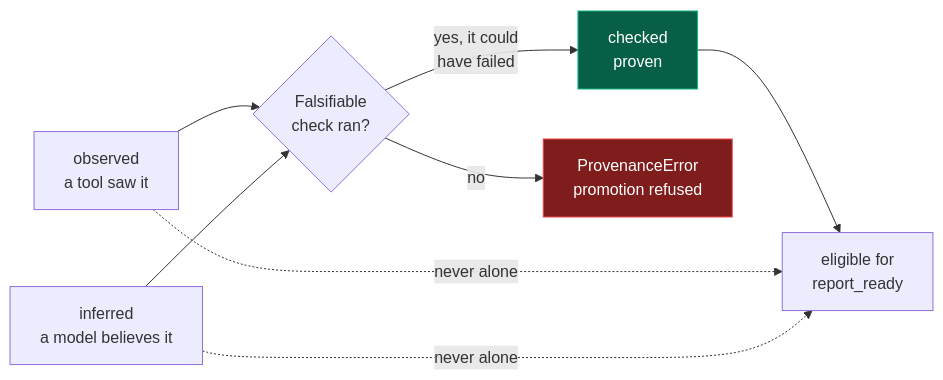
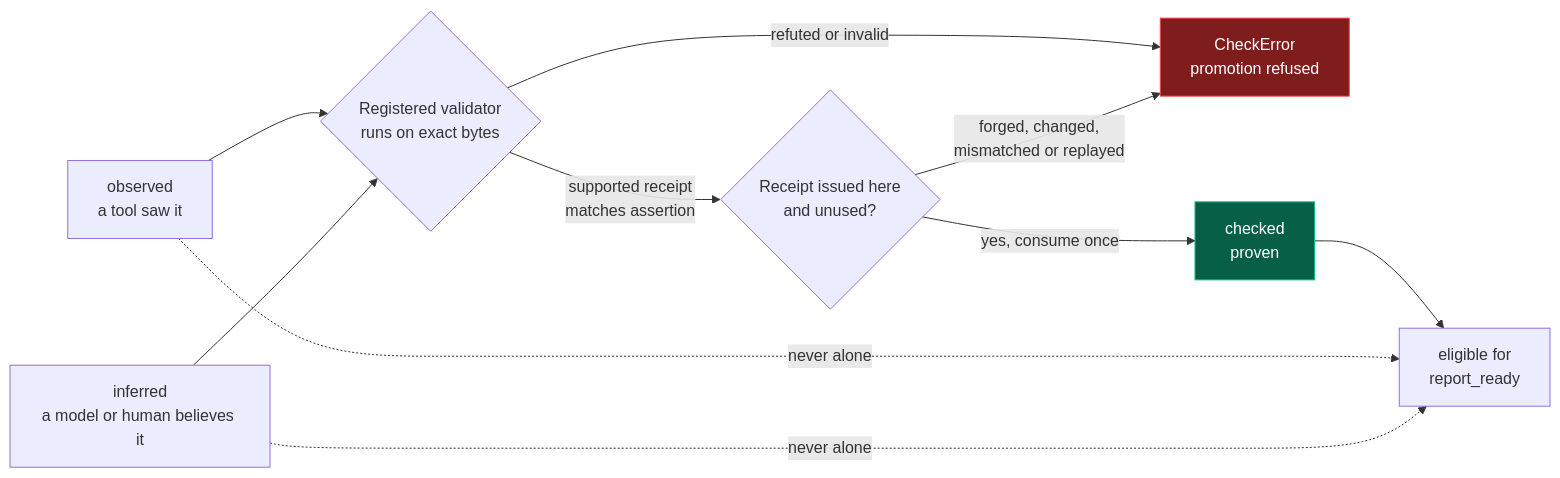
One commit to chasedndt/GreyTheory-Research changed the fifth of 14 diagrams in Docs/diagrams.md. Above: the diagram before and after it, drawn with Mermaid. The commit also changed other lines of this file and 34 other files, not shown here.

````diff
--- a/Docs/diagrams.md
+++ b/Docs/diagrams.md
@@ -201,14 +201,16 @@
 ```mermaid
 flowchart LR
-    OBS[observed<br/>a tool saw it] --> Q{Falsifiable<br/>check ran?}
-    INF[inferred<br/>a model believes it] --> Q
-    Q -->|yes, it could<br/>have failed| CHK[checked<br/>proven]
-    Q -->|no| REJ[ProvenanceError<br/>promotion refused]
+    OBS[observed<br/>a tool saw it] --> REG{Registered validator<br/>runs on exact bytes}
+    INF[inferred<br/>a model or human believes it] --> REG
+    REG -->|supported receipt<br/>matches assertion| USE{Receipt issued here<br/>and unused?}
+    REG -->|refuted or invalid| REJ[CheckError<br/>promotion refused]
+    USE -->|yes, consume once| CHK[checked<br/>proven]
+    USE -->|forged, changed,<br/>mismatched or replayed| REJ
 
     CHK --> RPT[eligible for<br/>report_ready]
     OBS -.->|never alone| RPT
     INF -.->|never alone| RPT
 
     style CHK fill:#065f46,stroke:#10b981,color:#fff
     style REJ fill:#7f1d1d,stroke:#ef4444,color:#fff
 ```
````
